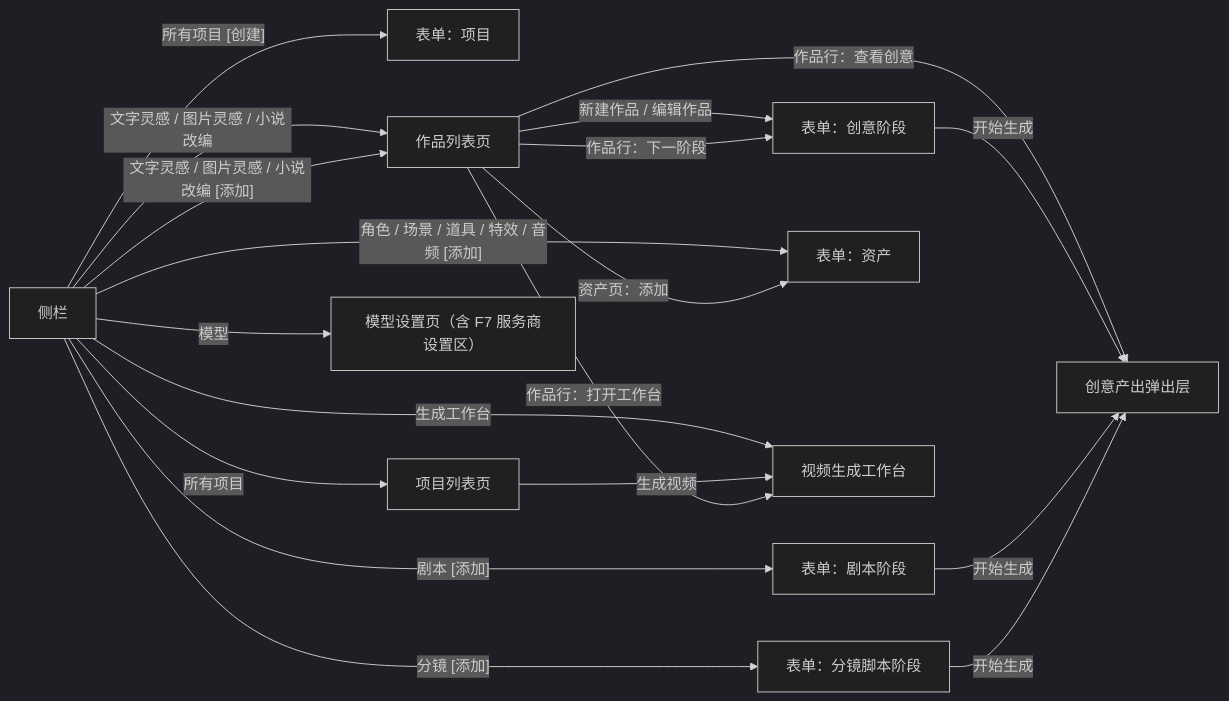
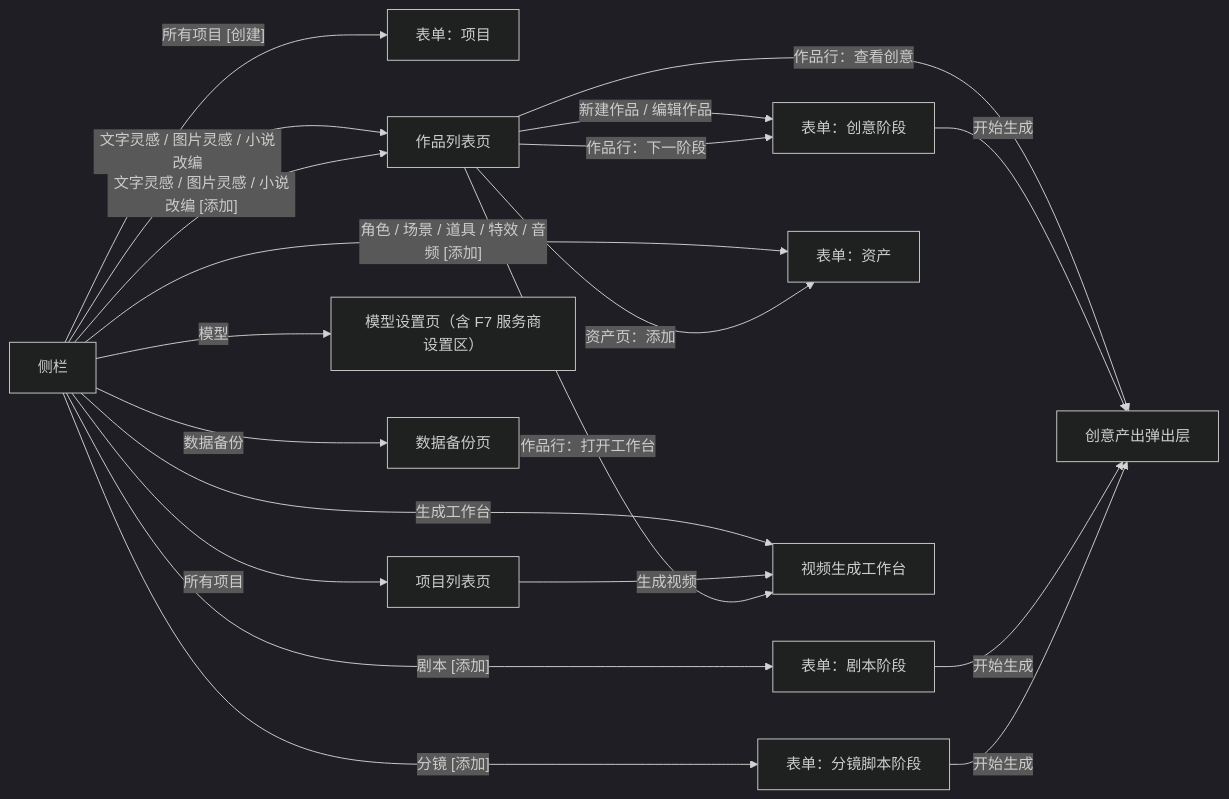
The diagram in docs/page-form-design.md (sengbin/ai-video-studio), drawn with Mermaid (dark theme) before and after one commit. The commit also changed other lines of this file and 71 other files, not shown here.

````diff
--- a/docs/page-form-design.md
+++ b/docs/page-form-design.md
@@ -9,21 +9,22 @@
 ```mermaid
 flowchart LR
   SB["侧栏"] -->|"所有项目 [创建]"| F1["表单：项目"]
   SB -->|"所有项目"| PL["项目列表页"]
   SB -->|"文字灵感 / 图片灵感 / 小说改编"| PD["作品列表页"]
   SB -->|"文字灵感 / 图片灵感 / 小说改编 [添加]"| PD
   SB -->|"剧本 [添加]"| F4["表单：剧本阶段"]
   SB -->|"分镜 [添加]"| F5["表单：分镜脚本阶段"]
   SB -->|"角色 / 场景 / 道具 / 特效 / 音频 [添加]"| F6["表单：资产"]
   SB -->|"模型"| P6["模型设置页（含 F7 服务商设置区）"]
+  SB -->|"数据备份"| P9["数据备份页"]
   SB -->|"生成工作台"| WB["视频生成工作台"]
   PL -->|"生成视频"| WB
   PD -->|"新建作品 / 编辑作品"| F3["表单：创意阶段"]
   PD -->|"作品行：下一阶段"| F3
   PD -->|"作品行：打开工作台"| WB
   PD -->|"资产页：添加"| F6
   PD -->|"作品行：查看创意"| RV["创意产出弹出层"]
   F3 -->|"开始生成"| RV
   F4 -->|"开始生成"| RV
   F5 -->|"开始生成"| RV
 ```
````
